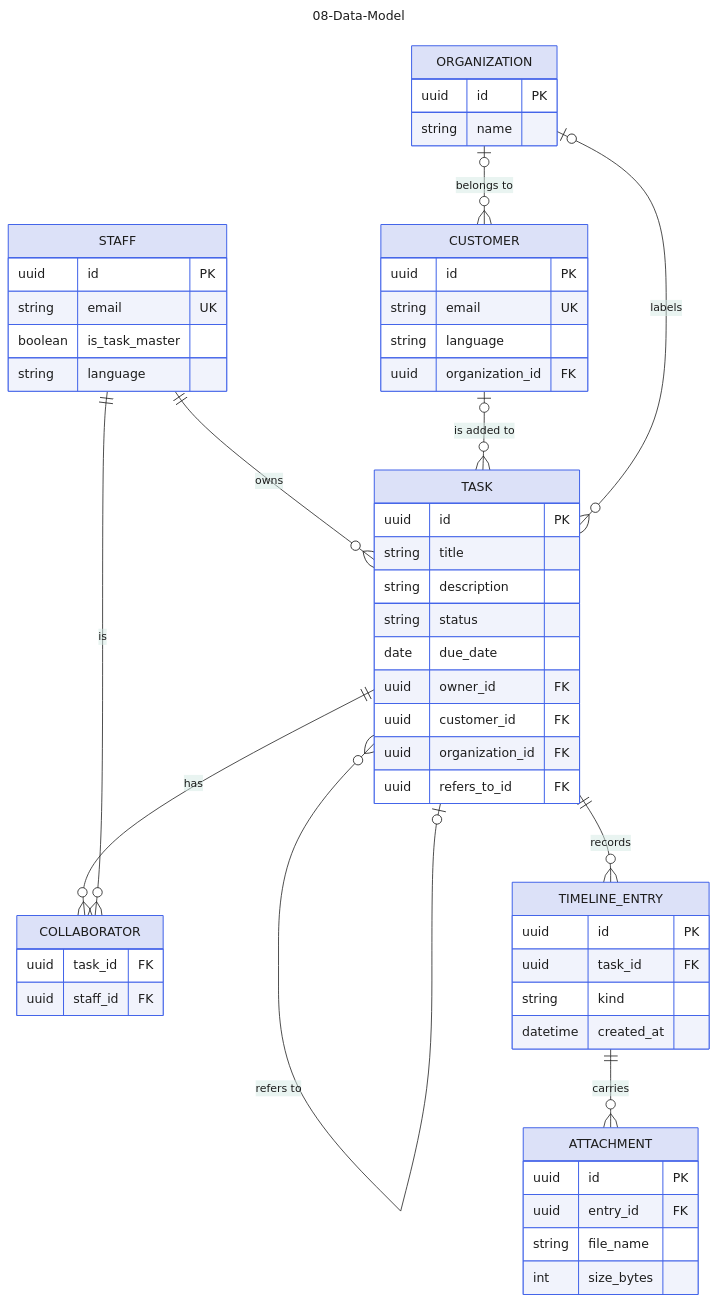
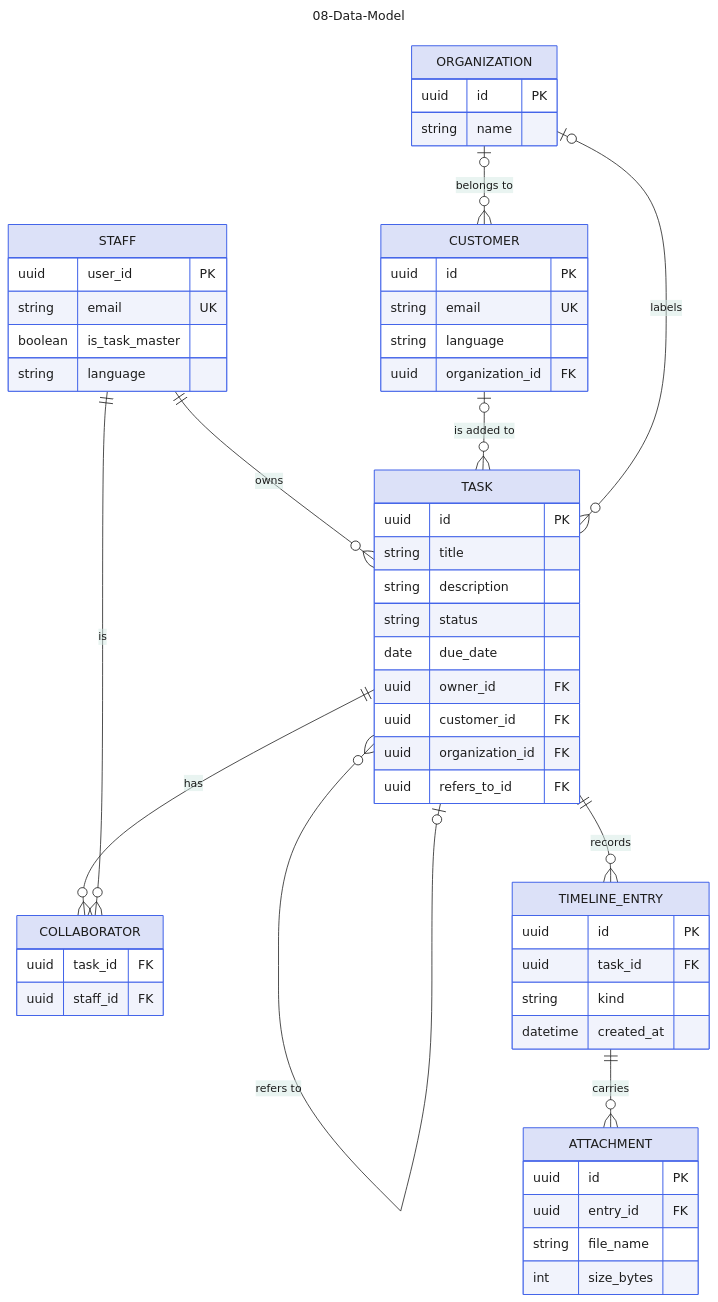
One commit to jedt3d/tasuku changed the diagram in docs/diagram/08-Data-Model.md. Above: the diagram before and after it, drawn with Mermaid. The commit also changed other lines of this file and 3 other files, not shown here.

First line of the commit message:
docs: sync diagrams with the walking skeleton (#2)

```diff
--- a/docs/diagram/08-Data-Model.md
+++ b/docs/diagram/08-Data-Model.md
@@ -78,7 +78,7 @@
 ---
 erDiagram
   STAFF {
-    uuid id PK
+    uuid user_id PK
     string email UK
     boolean is_task_master
     string language
```
